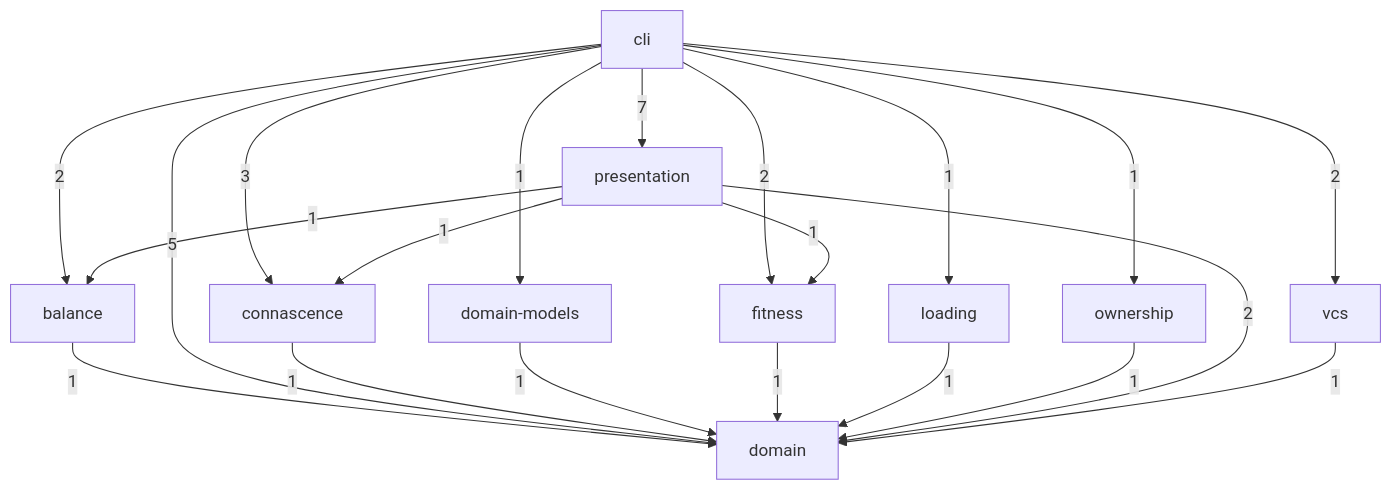
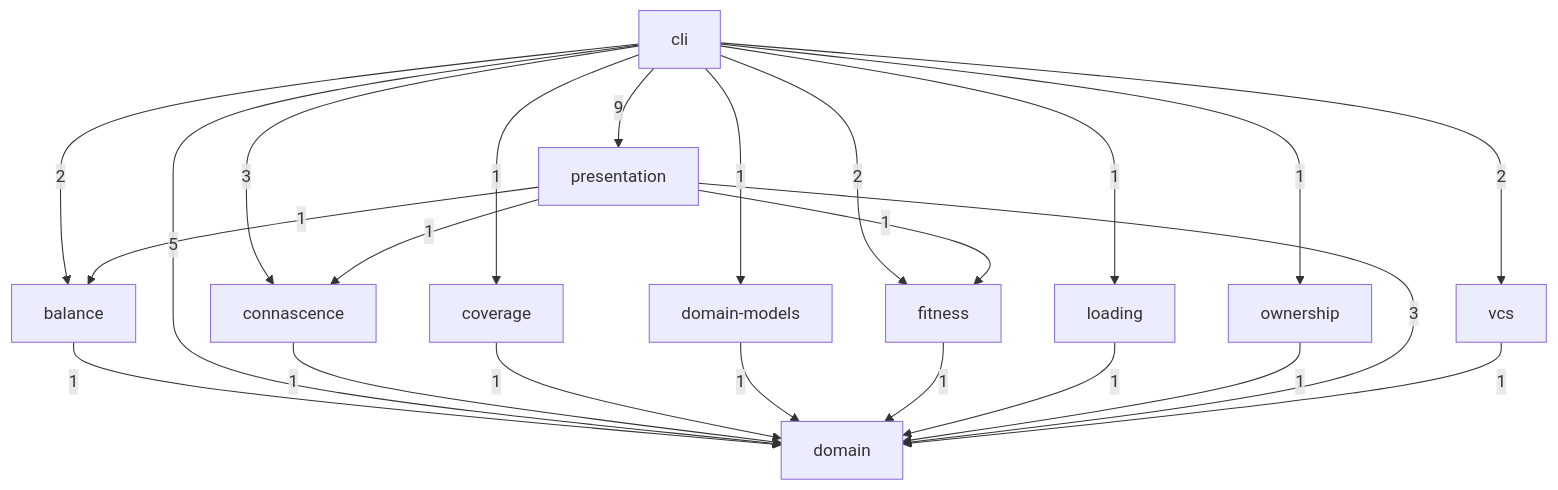
Before and after one commit to StevenACoffman/anarch-lint: the diagram in anarch.md, drawn with Mermaid. The commit also changed other lines of this file and 114 other files, not shown here.

````diff
--- a/anarch.md
+++ b/anarch.md
@@ -32,33 +33,36 @@
 ```mermaid
 flowchart TD
   s0["cli"]
   s1["presentation"]
   s2["loading"]
   s3["vcs"]
   s4["domain-models"]
   s5["ownership"]
-  s6["fitness"]
-  s7["balance"]
-  s8["connascence"]
-  s9["domain"]
-  s7 -->|1| s9
+  s6["coverage"]
+  s7["fitness"]
+  s8["balance"]
+  s9["connascence"]
+  s10["domain"]
+  s8 -->|1| s10
+  s0 -->|2| s8
+  s0 -->|3| s9
+  s0 -->|1| s6
+  s0 -->|5| s10
+  s0 -->|1| s4
   s0 -->|2| s7
-  s0 -->|3| s8
-  s0 -->|5| s9
-  s0 -->|1| s4
-  s0 -->|2| s6
   s0 -->|1| s2
   s0 -->|1| s5
-  s0 -->|7| s1
+  s0 -->|9| s1
   s0 -->|2| s3
-  s8 -->|1| s9
-  s4 -->|1| s9
-  s6 -->|1| s9
-  s2 -->|1| s9
-  s5 -->|1| s9
+  s9 -->|1| s10
+  s6 -->|1| s10
+  s4 -->|1| s10
+  s7 -->|1| s10
+  s2 -->|1| s10
+  s5 -->|1| s10
+  s1 -->|1| s8
+  s1 -->|1| s9
+  s1 -->|3| s10
   s1 -->|1| s7
-  s1 -->|1| s8
-  s1 -->|2| s9
-  s1 -->|1| s6
-  s3 -->|1| s9
+  s3 -->|1| s10
 ```
````
